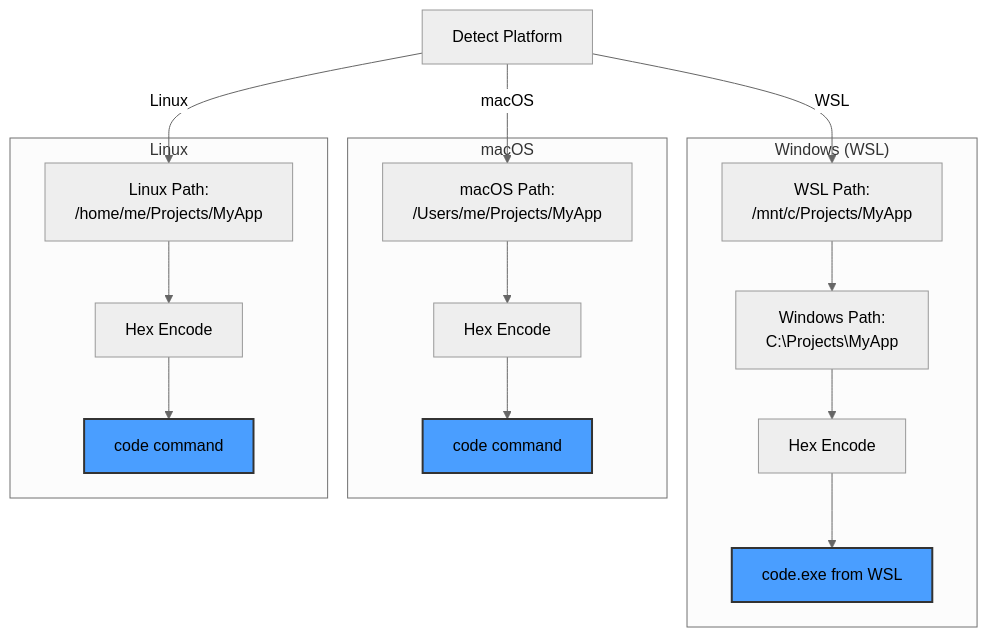
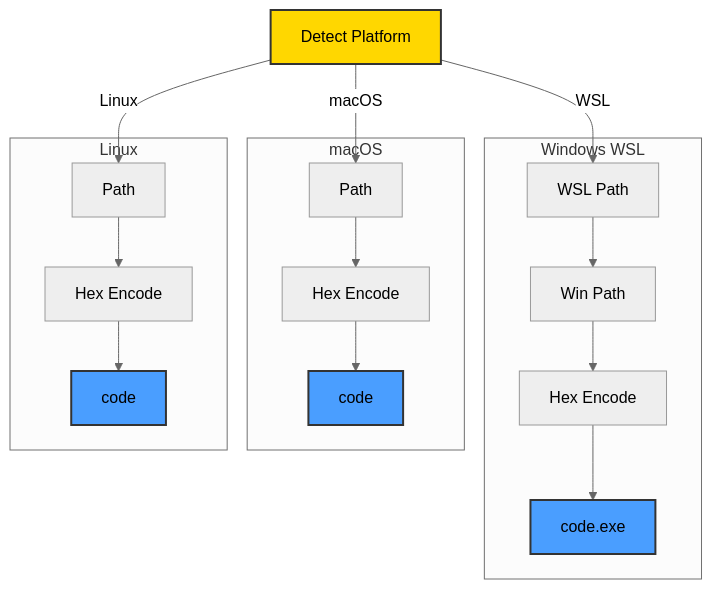
The fourth of 6 diagrams in sparc/3-architecture/diagrams/04-vscode-integration.md (ManuelKugelmann/BitBot), drawn with Mermaid (neutral theme) before and after one commit. The commit also changed other lines of this file and 5 other files, not shown here.

First line of the commit message:
Remove Docker from config mode in architecture diagrams

````diff
--- a/sparc/3-architecture/diagrams/04-vscode-integration.md
+++ b/sparc/3-architecture/diagrams/04-vscode-integration.md
@@ -151,41 +154,42 @@
 ```mermaid
 graph TB
     DETECT[Detect Platform]
 
-    subgraph "Windows (WSL)"
-        WSL_PATH[WSL Path:<br/>/mnt/c/Projects/MyApp]
-        WIN_PATH[Windows Path:<br/>C:\Projects\MyApp]
+    subgraph WIN["Windows WSL"]
+        WSL_PATH[WSL Path]
+        WIN_PATH[Win Path]
         WIN_HEX[Hex Encode]
-        WIN_CODE[code.exe from WSL]
+        WIN_CODE[code.exe]
     end
 
-    subgraph "macOS"
-        MAC_PATH[macOS Path:<br/>/Users/me/Projects/MyApp]
+    subgraph MAC["macOS"]
+        MAC_PATH[Path]
         MAC_HEX[Hex Encode]
-        MAC_CODE[code command]
+        MAC_CODE[code]
     end
 
-    subgraph "Linux"
-        LINUX_PATH[Linux Path:<br/>/home/me/Projects/MyApp]
+    subgraph LIN["Linux"]
+        LINUX_PATH[Path]
         LINUX_HEX[Hex Encode]
-        LINUX_CODE[code command]
+        LINUX_CODE[code]
     end
 
     DETECT -->|WSL| WSL_PATH
     DETECT -->|macOS| MAC_PATH
     DETECT -->|Linux| LINUX_PATH
 
     WSL_PATH --> WIN_PATH
     WIN_PATH --> WIN_HEX
     WIN_HEX --> WIN_CODE
 
     MAC_PATH --> MAC_HEX
     MAC_HEX --> MAC_CODE
 
     LINUX_PATH --> LINUX_HEX
     LINUX_HEX --> LINUX_CODE
 
+    style DETECT fill:#ffd700,stroke:#333,stroke-width:2px
     style WIN_CODE fill:#4a9eff,stroke:#333,stroke-width:2px
     style MAC_CODE fill:#4a9eff,stroke:#333,stroke-width:2px
     style LINUX_CODE fill:#4a9eff,stroke:#333,stroke-width:2px
 ```
````
